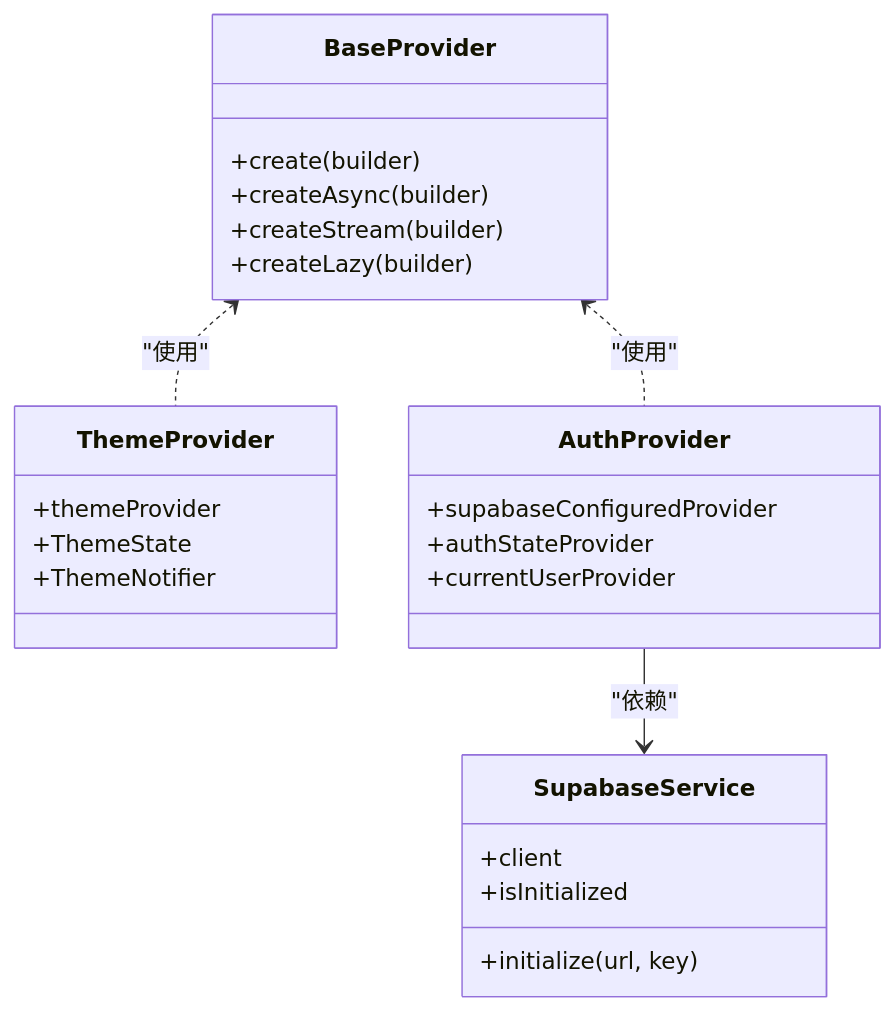
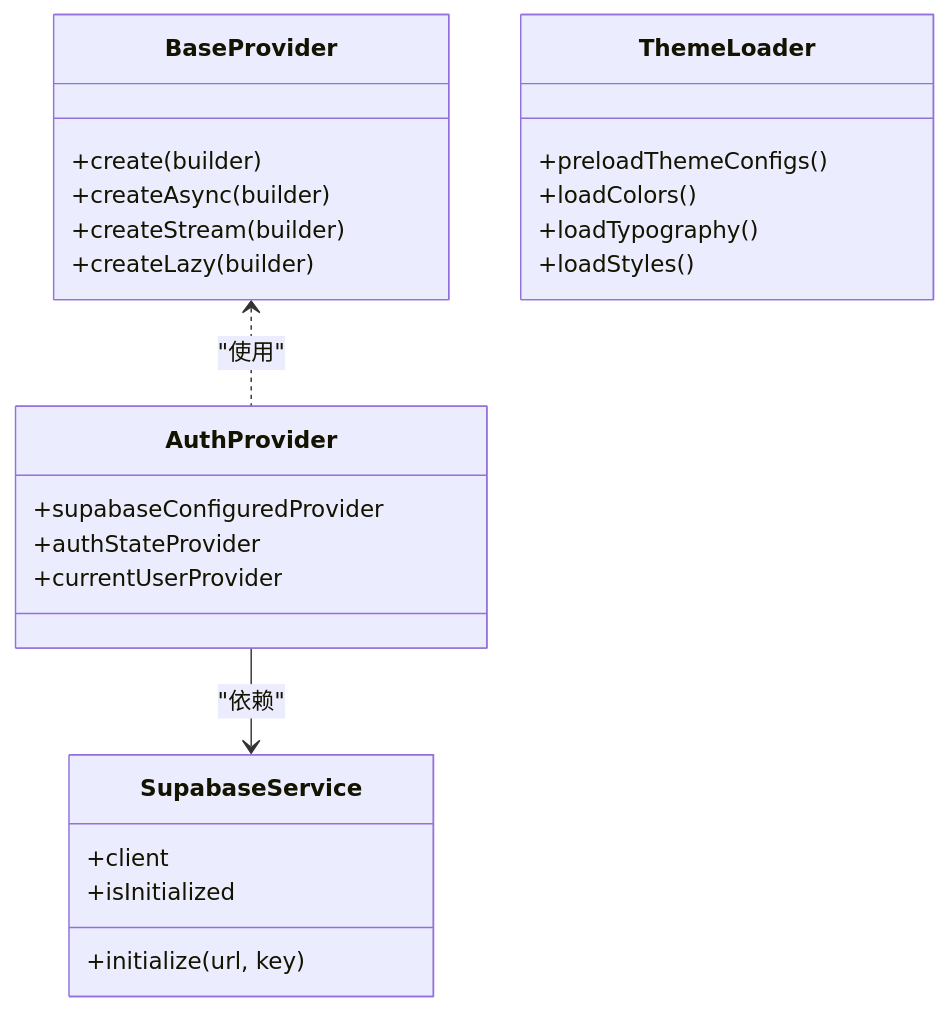
One commit to ZTfer/Tinycast changed the sixth of 7 diagrams in .qoder/repowiki/zh/content/扩展开发/扩展开发.md. Above: the diagram before and after it, drawn with Mermaid. The commit also changed other lines of this file and 34 other files, not shown here.

````diff
--- a/.qoder/repowiki/zh/content/扩展开发/扩展开发.md
+++ b/.qoder/repowiki/zh/content/扩展开发/扩展开发.md
@@ -287,27 +278,27 @@
 ```mermaid
 classDiagram
 class BaseProvider {
 +create<T>(builder)
 +createAsync<T>(builder)
 +createStream<T>(builder)
 +createLazy<T>(builder)
 }
-class ThemeProvider {
-+themeProvider
-+ThemeState
-+ThemeNotifier
+class ThemeLoader {
++preloadThemeConfigs()
++loadColors()
++loadTypography()
++loadStyles()
 }
 class AuthProvider {
 +supabaseConfiguredProvider
 +authStateProvider
 +currentUserProvider
 }
 class SupabaseService {
 +initialize(url, key)
 +client
 +isInitialized
 }
-BaseProvider <.. ThemeProvider : "使用"
 BaseProvider <.. AuthProvider : "使用"
 AuthProvider --> SupabaseService : "依赖"
 ```
````
